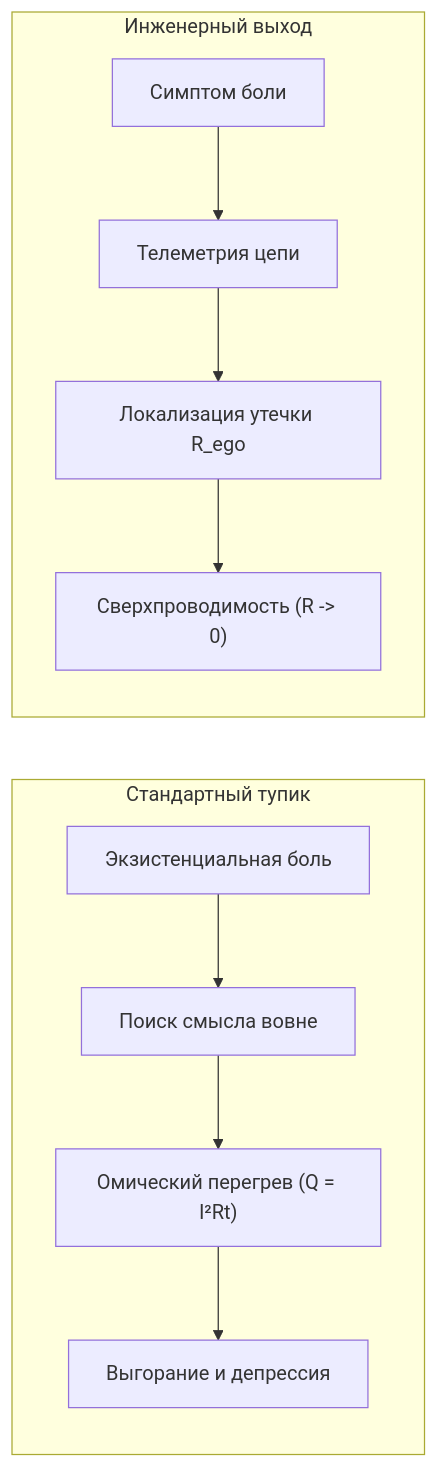
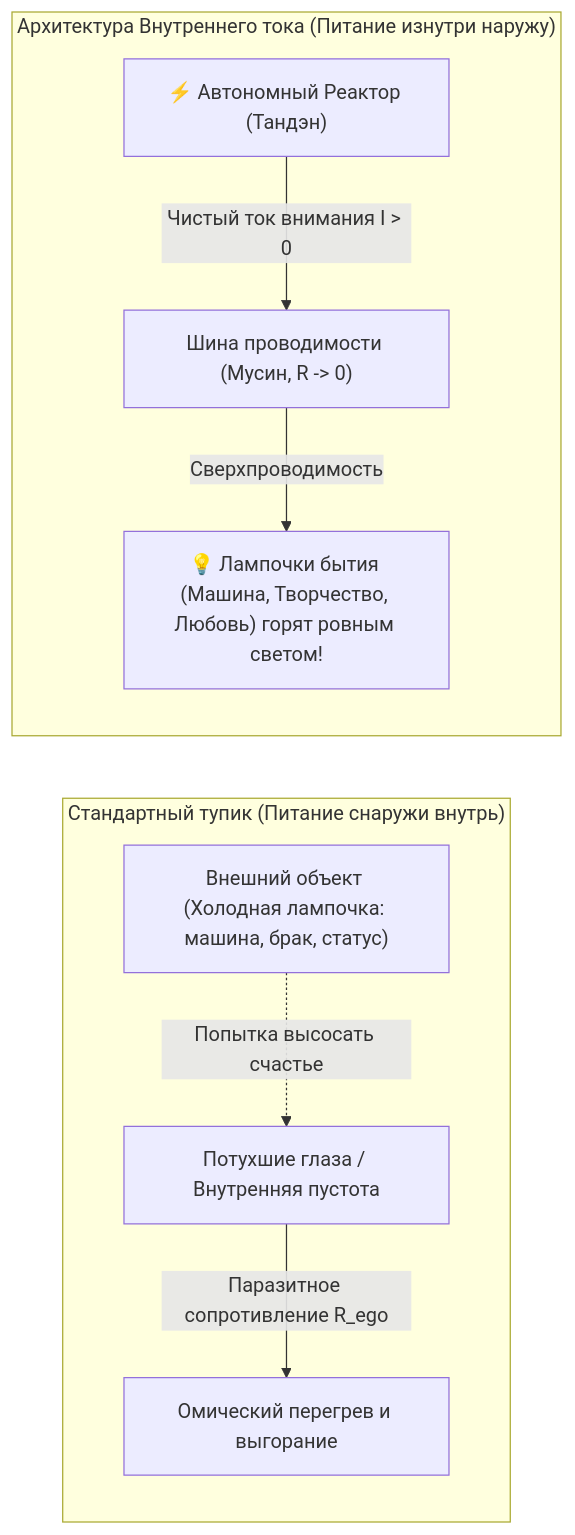
Before and after one commit to vsanyanov-ux/inner-current: the first of 31 diagrams in book_outline.md, drawn with Mermaid. The commit also changed other lines of this file and 46 other files, not shown here.

````diff
--- a/book_outline.md
+++ b/book_outline.md
@@ -108,9 +154,11 @@
 ```mermaid
 flowchart LR
-    subgraph S["Стандартный тупик"]
-        E1["Экзистенциальная боль"] --> E2["Поиск смысла вовне"] --> E3["Омический перегрев (Q = I²Rt)"] --> E4["Выгорание и депрессия"]
+    subgraph Trap["Стандартный тупик (Питание снаружи внутрь)"]
+        L1["Внешний объект (Холодная лампочка: машина, брак, статус)"] -.->|Попытка высосать счастье| E1["Потухшие глаза / Внутренняя пустота"]
+        E1 -->|Паразитное сопротивление R_ego| D1["Омический перегрев и выгорание"]
     end
-    subgraph C["Инженерный выход"]
-        I1["Симптом боли"] --> I2["Телеметрия цепи"] --> I3["Локализация утечки R_ego"] --> I4["Сверхпроводимость (R -> 0)"]
+    subgraph Circuit["Архитектура Внутреннего тока (Питание изнутри наружу)"]
+        R1["⚡ Автономный Реактор (Тандэн)"] -->|Чистый ток внимания I > 0| W1["Шина проводимости (Мусин, R -> 0)"]
+        W1 -->|Сверхпроводимость| L2["💡 Лампочки бытия (Машина, Творчество, Любовь) горят ровным светом!"]
     end
 ```
````
